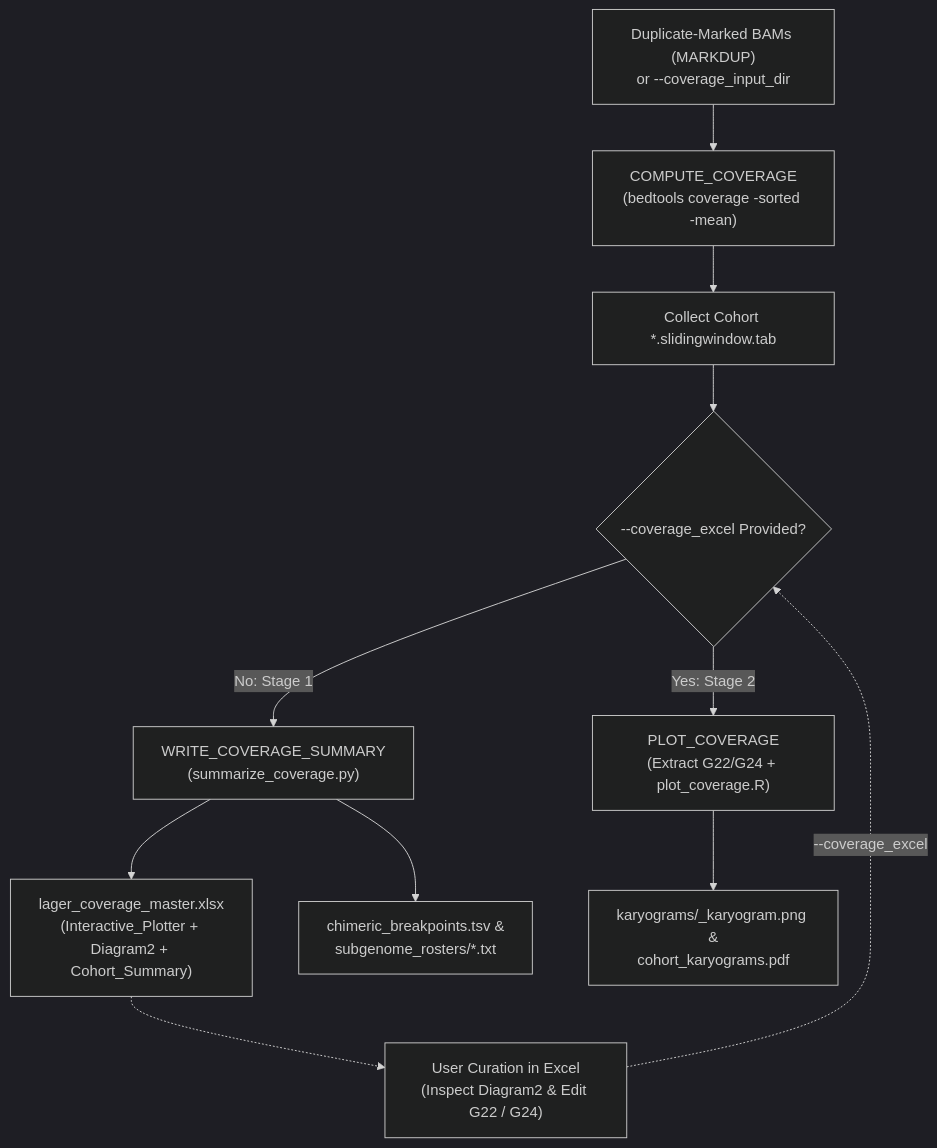
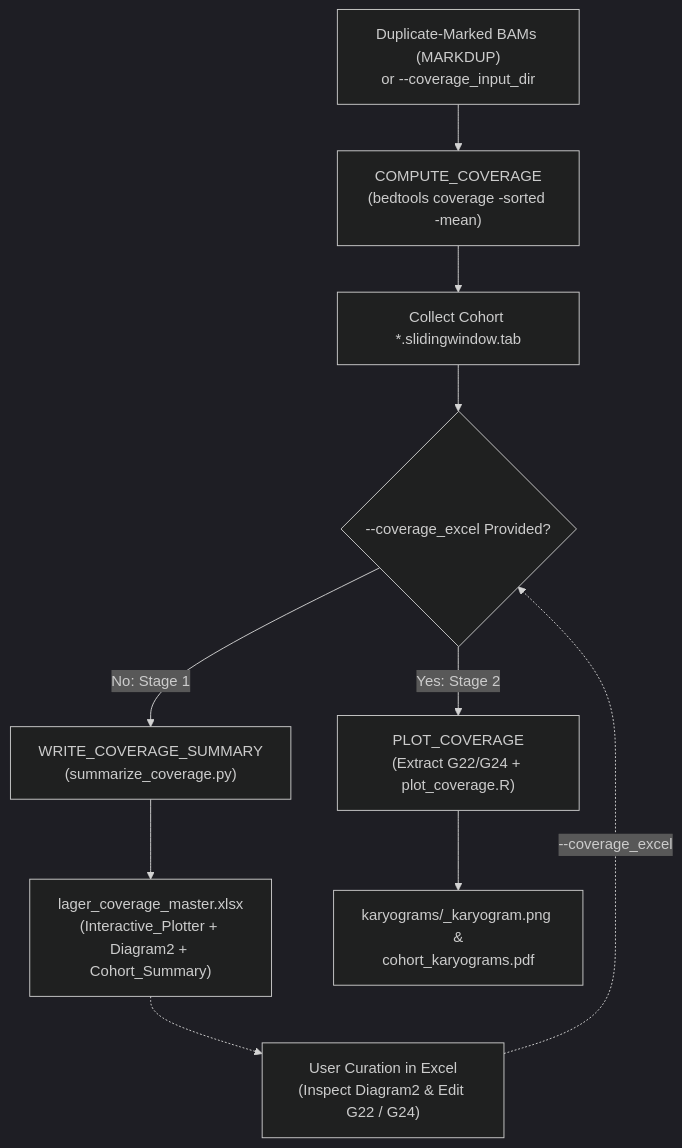
Before and after one commit to hanzala-14/saccharomyces-genomics-pipeline: the diagram in docs/MODULE_4_GENOME_COVERAGE.md, drawn with Mermaid (dark theme). The commit also changed other lines of this file and 3 other files, not shown here.

````diff
--- a/docs/MODULE_4_GENOME_COVERAGE.md
+++ b/docs/MODULE_4_GENOME_COVERAGE.md
@@ -69,18 +62,17 @@
 ```mermaid
 flowchart TD
     A["Duplicate-Marked BAMs (MARKDUP)<br/>or --coverage_input_dir"] --> B["COMPUTE_COVERAGE<br/>(bedtools coverage -sorted -mean)"]
     
     B --> C["Collect Cohort *.slidingwindow.tab"]
     C --> D{"--coverage_excel Provided?"}
     
     D -->|No: Stage 1| E["WRITE_COVERAGE_SUMMARY<br/>(summarize_coverage.py)"]
     E --> F["lager_coverage_master.xlsx<br/>(Interactive_Plotter + Diagram2 + Cohort_Summary)"]
-    E --> G["chimeric_breakpoints.tsv &<br/>subgenome_rosters/*.txt"]
     
     F -.-> H["User Curation in Excel<br/>(Inspect Diagram2 & Edit G22 / G24)"]
     H -.->|--coverage_excel| D
     
     D -->|Yes: Stage 2| I["PLOT_COVERAGE<br/>(Extract G22/G24 + plot_coverage.R)"]
     I --> J["karyograms/<strain>_karyogram.png &<br/>cohort_karyograms.pdf"]
 
 ```
````
